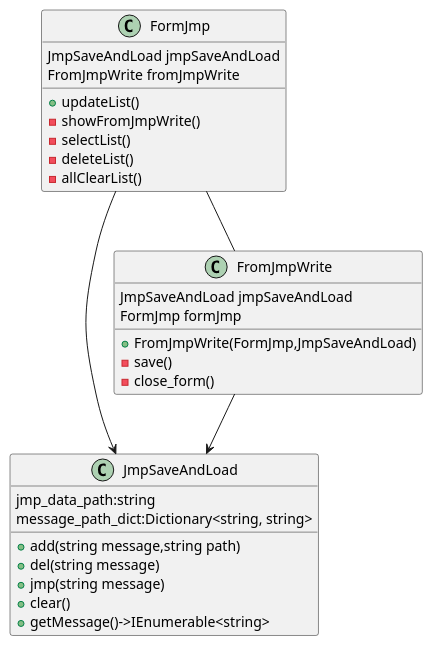
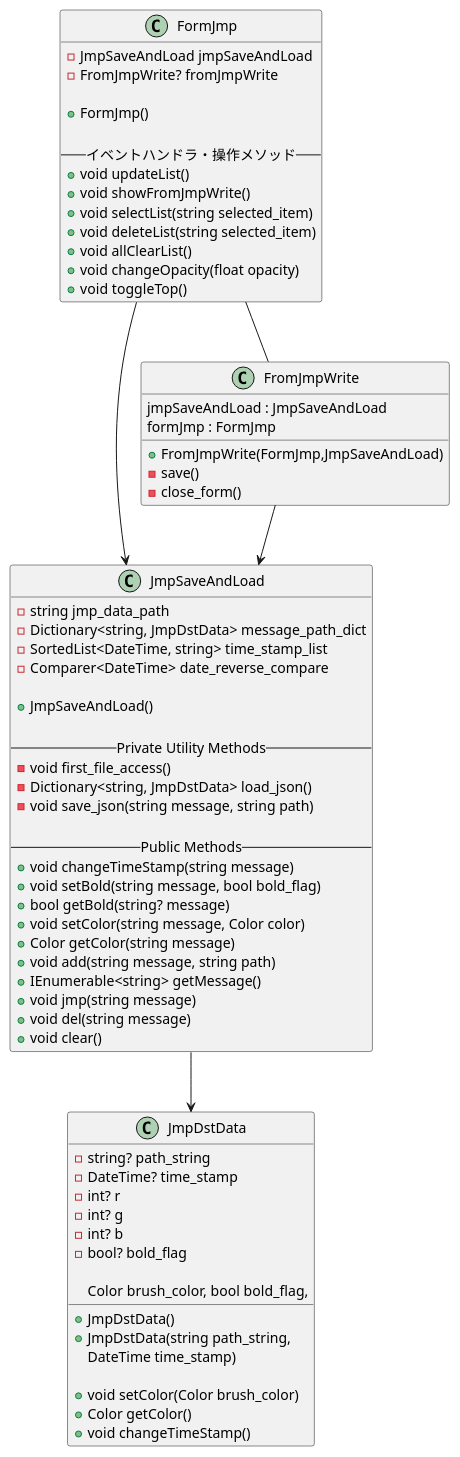
Before and after one commit to motcom/jmp: the diagram in jmp.pu, drawn with PlantUML. The commit also changed 4 other files, not shown here.

```diff
--- a/jmp.pu
+++ b/jmp.pu
@@ -1,33 +1,79 @@
 @startuml
 FormJmp --> JmpSaveAndLoad
 FromJmpWrite --> JmpSaveAndLoad  
-FormJmp == FromJmpWrite 
+FormJmp -- FromJmpWrite 
+JmpSaveAndLoad --> JmpDstData
 
-class JmpSaveAndLoad{
-  jmp_data_path:string
-  message_path_dict:Dictionary<string, string>
-  +add(string message,string path)
-  +del(string message)
-  +jmp(string message)
-  +clear()
-  +getMessage()->IEnumerable<string> 
-  }
 
-  class FormJmp {
-    JmpSaveAndLoad jmpSaveAndLoad
-    FromJmpWrite fromJmpWrite
-    + updateList()
-    - showFromJmpWrite()
-    - selectList()
-    - deleteList()
-    - allClearList()
-  }
 
   class FromJmpWrite {
-    JmpSaveAndLoad jmpSaveAndLoad
-    FormJmp formJmp
+    jmpSaveAndLoad : JmpSaveAndLoad 
+    formJmp : FormJmp 
     + FromJmpWrite(FormJmp,JmpSaveAndLoad)
     - save()
     - close_form()
   }
+
+  class FormJmp {
+      - JmpSaveAndLoad jmpSaveAndLoad
+      - FromJmpWrite? fromJmpWrite
+
+      + FormJmp()
+
+      -- イベントハンドラ・操作メソッド --
+      + void updateList()
+      + void showFromJmpWrite()
+      + void selectList(string selected_item)
+      + void deleteList(string selected_item)
+      + void allClearList()
+      + void changeOpacity(float opacity)
+      + void toggleTop()
+  }
+
+
+  class JmpSaveAndLoad {
+      - string jmp_data_path
+      - Dictionary<string, JmpDstData> message_path_dict
+      - SortedList<DateTime, string> time_stamp_list
+      - Comparer<DateTime> date_reverse_compare
+
+      + JmpSaveAndLoad()
+
+      -- Private Utility Methods --
+      - void first_file_access()
+      - Dictionary<string, JmpDstData> load_json()
+      - void save_json(string message, string path)
+
+      -- Public Methods --
+      + void changeTimeStamp(string message)
+      + void setBold(string message, bool bold_flag)
+      + bool getBold(string? message)
+      + void setColor(string message, Color color)
+      + Color getColor(string message)
+      + void add(string message, string path)
+      + IEnumerable<string> getMessage()
+      + void jmp(string message)
+      + void del(string message)
+      + void clear()
+  }
+
+
+  class JmpDstData {
+      - string? path_string
+      - DateTime? time_stamp
+      - int? r
+      - int? g
+      - int? b
+      - bool? bold_flag
+
+      + JmpDstData()
+      + JmpDstData(string path_string, 
+        Color brush_color, bool bold_flag,
+         DateTime time_stamp)
+
+      + void setColor(Color brush_color)
+      + Color getColor()
+      + void changeTimeStamp()
+  }
+
 @endum        
```
